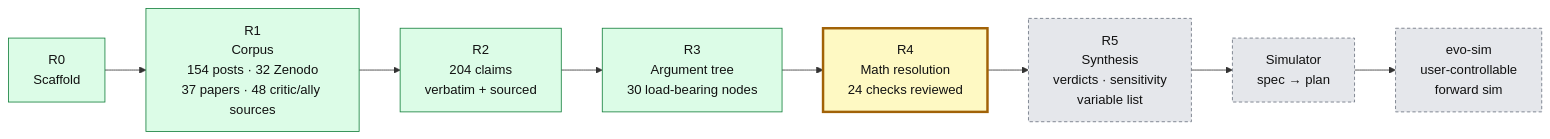
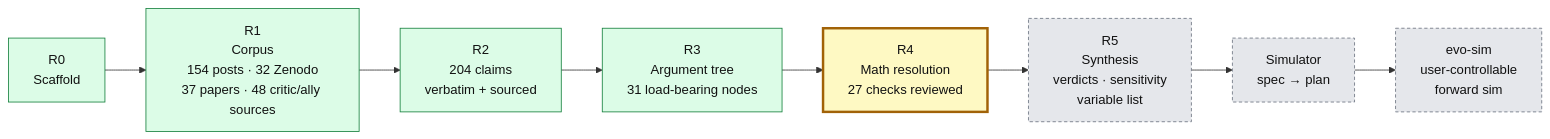
Before and after one commit to nickallevato/evo-sim: the second of 2 diagrams in README.md, drawn with Mermaid. The commit also changed other lines of this file and 50 other files, not shown here.

First line of the commit message:
Integrate R4 C1c, C1d, D1 (reviews #9-#11): C6/C7 contradicted as stated, C5b holds (slip ledger)/supported, B2e contested, D1d supported, D2h partial; A3 load-bearing; defeaters d279-d300; post 9; board v19

````diff
--- a/README.md
+++ b/README.md
@@ -206,14 +208,14 @@
 ```mermaid
 flowchart LR
   R0["R0<br/>Scaffold"]:::done --> R1["R1<br/>Corpus<br/>154 posts · 32 Zenodo<br/>37 papers · 48 critic/ally sources"]:::done
   R1 --> R2["R2<br/>204 claims<br/>verbatim + sourced"]:::done
-  R2 --> R3["R3<br/>Argument tree<br/>30 load-bearing nodes"]:::done
-  R3 --> R4["R4<br/>Math resolution<br/>24 checks reviewed"]:::active
+  R2 --> R3["R3<br/>Argument tree<br/>31 load-bearing nodes"]:::done
+  R3 --> R4["R4<br/>Math resolution<br/>27 checks reviewed"]:::active
   R4 --> R5["R5<br/>Synthesis<br/>verdicts · sensitivity<br/>variable list"]:::todo
   R5 --> S1["Simulator<br/>spec → plan"]:::todo
   S1 --> S2["evo-sim<br/>user-controllable<br/>forward sim"]:::todo
 
   classDef done fill:#dcfce7,stroke:#15803d,color:#111
   classDef active fill:#fef9c3,stroke:#a16207,stroke-width:3px,color:#111
   classDef todo fill:#e5e7eb,stroke:#6b7280,color:#111,stroke-dasharray:4 3
 ```
````
